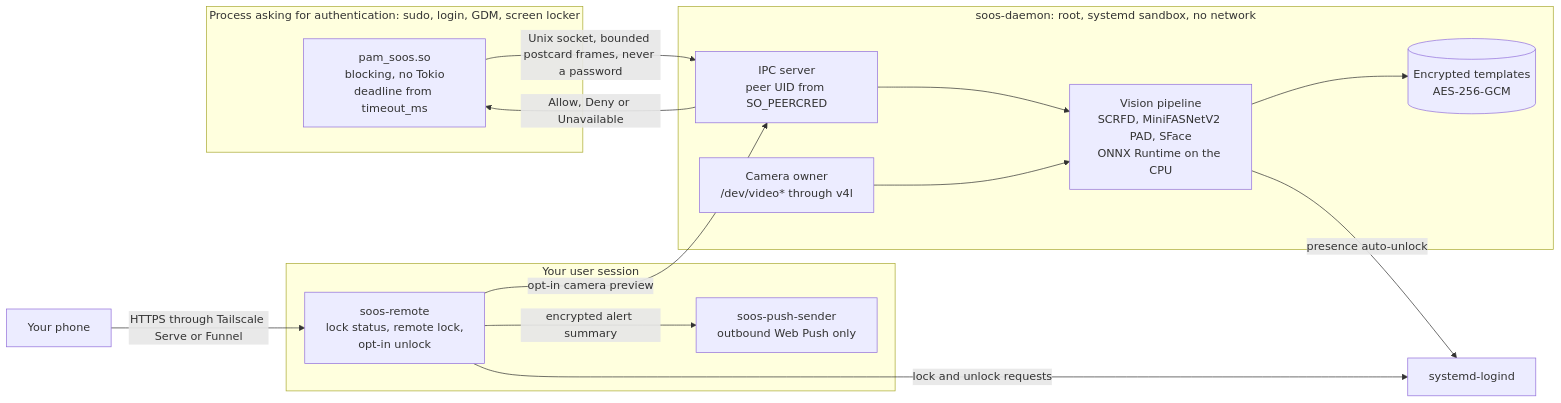
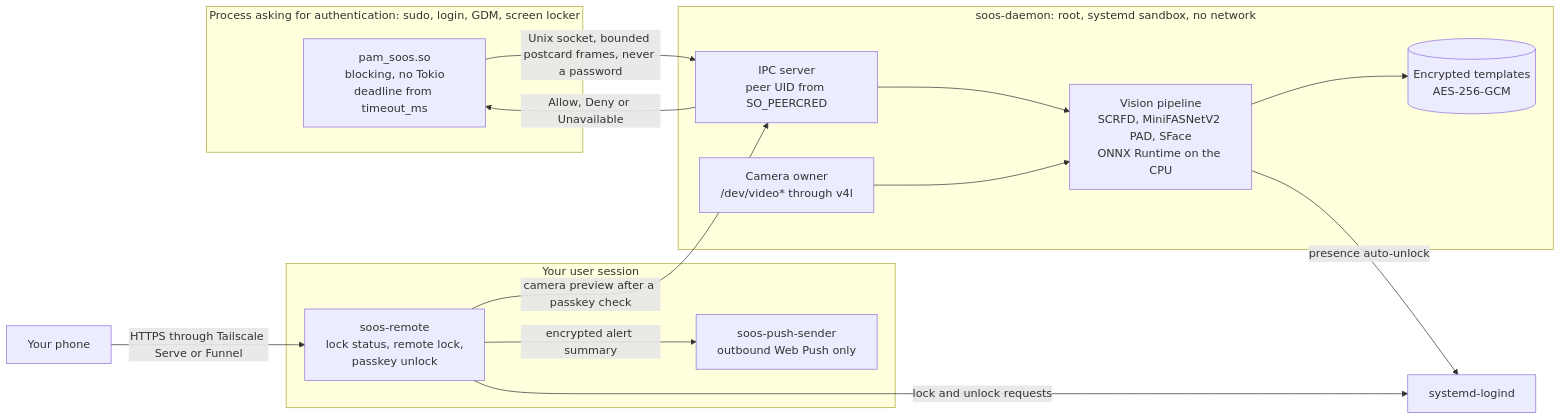
Before and after one commit to soos-security/soos: the diagram in README.md, drawn with Mermaid. The commit also changed other lines of this file and 8 other files, not shown here.

````diff
--- a/README.md
+++ b/README.md
@@ -221,28 +223,28 @@
 ```mermaid
 flowchart LR
     subgraph caller["Process asking for authentication: sudo, login, GDM, screen locker"]
         pam["pam_soos.so<br/>blocking, no Tokio<br/>deadline from timeout_ms"]
     end
     subgraph root["soos-daemon: root, systemd sandbox, no network"]
         ipc["IPC server<br/>peer UID from SO_PEERCRED"]
         camera["Camera owner<br/>/dev/video* through v4l"]
         vision["Vision pipeline<br/>SCRFD, MiniFASNetV2 PAD, SFace<br/>ONNX Runtime on the CPU"]
         store[("Encrypted templates<br/>AES-256-GCM")]
     end
     subgraph user["Your user session"]
-        remote["soos-remote<br/>lock status, remote lock,<br/>opt-in unlock"]
+        remote["soos-remote<br/>lock status, remote lock,<br/>passkey unlock"]
         push["soos-push-sender<br/>outbound Web Push only"]
     end
     logind["systemd-logind"]
     phone["Your phone"]
     pam -- "Unix socket, bounded postcard frames, never a password" --> ipc
     ipc --> vision
     camera --> vision
     vision --> store
     ipc -- "Allow, Deny or Unavailable" --> pam
     vision -- "presence auto-unlock" --> logind
     phone -- "HTTPS through Tailscale Serve or Funnel" --> remote
     remote -- "lock and unlock requests" --> logind
-    remote -- "opt-in camera preview" --> ipc
+    remote -- "camera preview after a passkey check" --> ipc
     remote -- "encrypted alert summary" --> push
 ```
````
